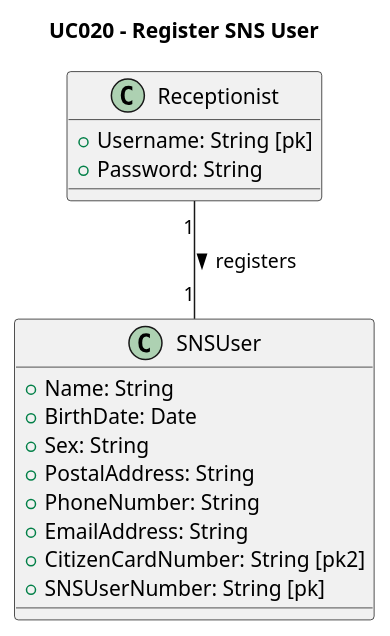
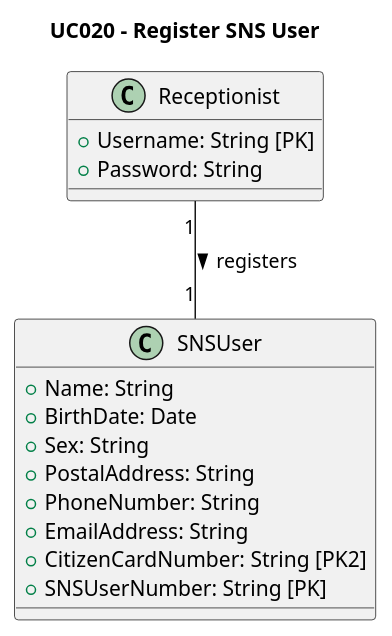
Before and after one commit to rafaafig/SnsTrab: the diagram in sns-base/doc/global/use-cases/UC020/ucd-UCD020.puml, drawn with PlantUML. The commit also changed 6 other files, not shown here.

```diff
--- a/sns-base/doc/global/use-cases/UC020/ucd-UCD020.puml
+++ b/sns-base/doc/global/use-cases/UC020/ucd-UCD020.puml
@@ -1,26 +1,26 @@
 @startuml
 skinparam monochrome false
 skinparam shadowing false
 
 title UC020 - Register SNS User
 
 class Receptionist {
-    +Username: String [pk]
+    +Username: String [PK]
     +Password: String
 }
 
 class SNSUser {
     +Name: String
     +BirthDate: Date
     +Sex: String
     +PostalAddress: String
     +PhoneNumber: String
     +EmailAddress: String
-    +CitizenCardNumber: String [pk2]
-    +SNSUserNumber: String [pk]
+    +CitizenCardNumber: String [PK2]
+    +SNSUserNumber: String [PK]
 }
 
 ' Relationships
 Receptionist "1" -- "1" SNSUser : registers >
 
 @enduml
```
